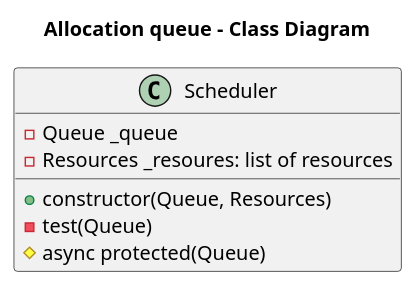
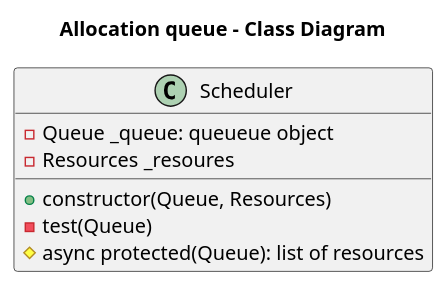
One commit to jupe/puml2code changed the diagram in examples/sample.puml. Above: the diagram before and after it, drawn with PlantUML. The commit also changed 1 other file, not shown here.

```diff
--- a/examples/sample.puml
+++ b/examples/sample.puml
@@ -1,11 +1,11 @@
 @startuml
 title Allocation queue - Class Diagram
 
 class Scheduler {
     +constructor(Queue, Resources)
     -test(Queue)
-    #async protected(Queue)
-    -Queue _queue
-    -Resources _resoures: list of resources
+    #async protected(Queue): list of resources
+    -Queue _queue: queueue object
+    -Resources _resoures
 }
 @enduml
```
